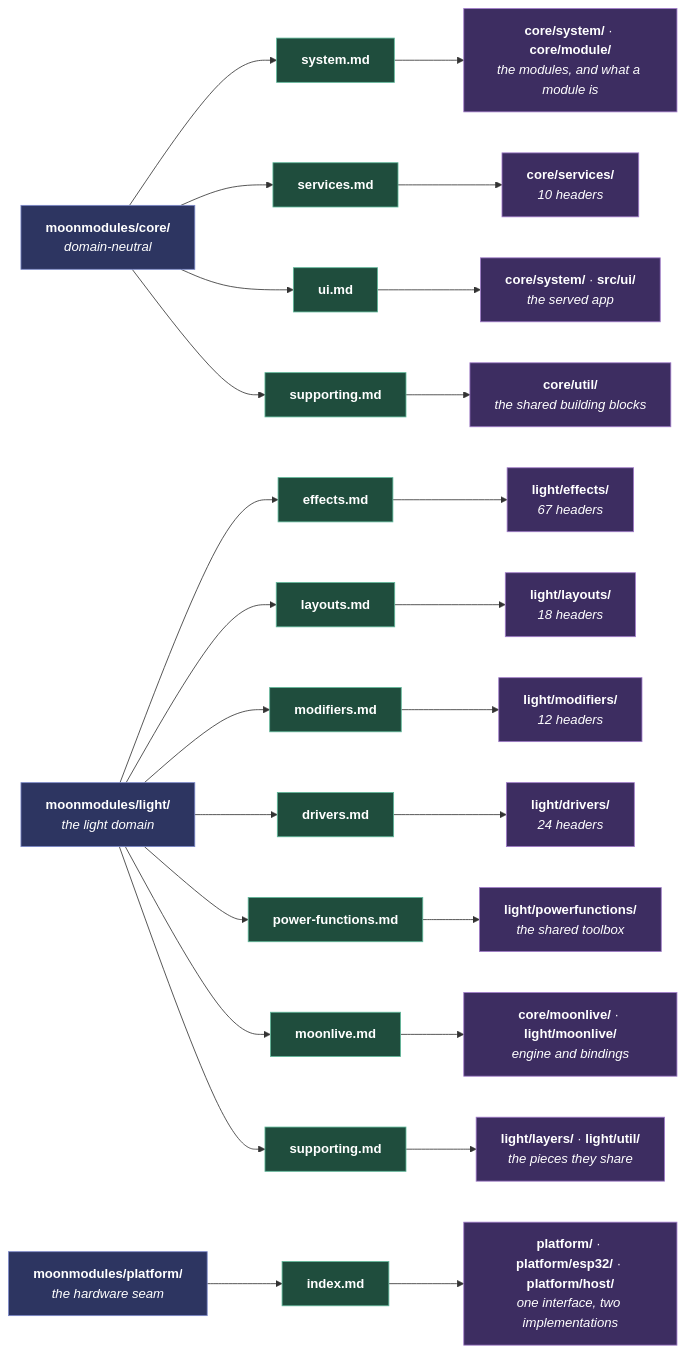
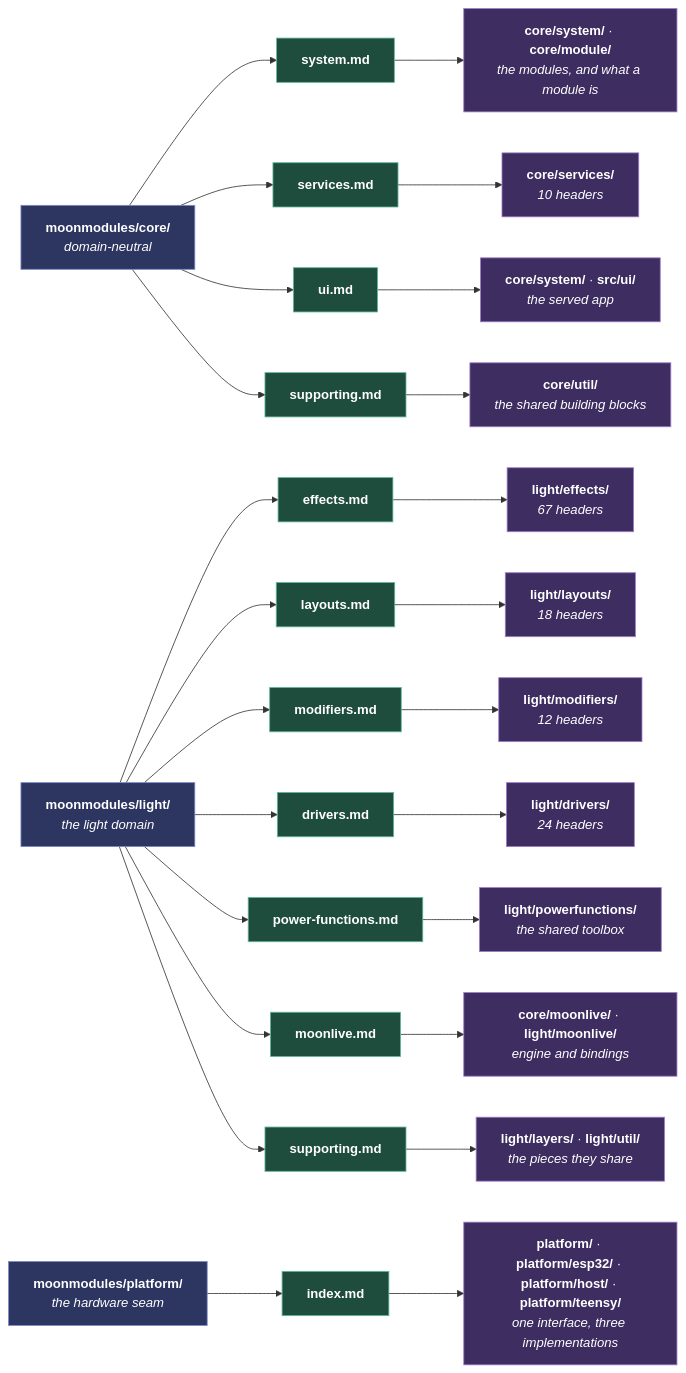
One commit to MoonModules/MoonLight changed the second of 2 diagrams in docs/contributing/documentation-standards.md. Above: the diagram before and after it, drawn with Mermaid. The commit also changed 22 other files, not shown here.

````diff
--- a/docs/contributing/documentation-standards.md
+++ b/docs/contributing/documentation-standards.md
@@ -49,60 +49,60 @@
 ```mermaid
 flowchart LR
     core["<b>moonmodules/core/</b><br/><i>domain-neutral</i>"]
     light["<b>moonmodules/light/</b><br/><i>the light domain</i>"]
     plat["<b>moonmodules/platform/</b><br/><i>the hardware seam</i>"]
 
     csys["<b>system.md</b>"]
     csvc["<b>services.md</b>"]
     cui["<b>ui.md</b>"]
     csup["<b>supporting.md</b>"]
 
     leff["<b>effects.md</b>"]
     llay["<b>layouts.md</b>"]
     lmod["<b>modifiers.md</b>"]
     ldrv["<b>drivers.md</b>"]
     lpf["<b>power-functions.md</b>"]
     lml["<b>moonlive.md</b>"]
     lsup["<b>supporting.md</b>"]
 
     pidx["<b>index.md</b>"]
 
     hsys["<b>core/system/</b> · <b>core/module/</b><br/><i>the modules, and what a module is</i>"]
     hsvc["<b>core/services/</b><br/><i>10 headers</i>"]
     hctl["<b>core/util/</b><br/><i>the shared building blocks</i>"]
     hui["<b>core/system/</b> · <b>src/ui/</b><br/><i>the served app</i>"]
 
     heff["<b>light/effects/</b><br/><i>67 headers</i>"]
     hlay["<b>light/layouts/</b><br/><i>18 headers</i>"]
     hmod["<b>light/modifiers/</b><br/><i>12 headers</i>"]
     hdrv["<b>light/drivers/</b><br/><i>24 headers</i>"]
     hpf["<b>light/powerfunctions/</b><br/><i>the shared toolbox</i>"]
     hml["<b>core/moonlive/</b> · <b>light/moonlive/</b><br/><i>engine and bindings</i>"]
     hlyr["<b>light/layers/</b> · <b>light/util/</b><br/><i>the pieces they share</i>"]
-    hplat["<b>platform/</b> · <b>platform/esp32/</b> · <b>platform/host/</b><br/><i>one interface, two implementations</i>"]
+    hplat["<b>platform/</b> · <b>platform/esp32/</b> · <b>platform/host/</b> · <b>platform/teensy/</b><br/><i>one interface, three implementations</i>"]
 
     core --> csys & csvc & cui & csup
     light --> leff & llay & lmod & ldrv & lpf & lml & lsup
     plat --> pidx
 
     csys --> hsys
     csvc --> hsvc
     cui --> hui
     csup --> hctl
 
     leff --> heff
     llay --> hlay
     lmod --> hmod
     ldrv --> hdrv
     lpf --> hpf
     lml --> hml
     lsup --> hlyr
     pidx --> hplat
 
     classDef domain fill:#2d3561,stroke:#7b88c9,color:#fff
     classDef page fill:#1f4d3d,stroke:#5fb89a,color:#fff
     classDef headers fill:#3d2d61,stroke:#a07bc9,color:#fff
     class core,light,plat domain
     class csys,csvc,cui,csup,leff,llay,lmod,ldrv,lpf,lml,lsup,pidx page
     class hsys,hsvc,hctl,hui,heff,hlay,hmod,hdrv,hpf,hml,hlyr,hplat headers
 ```
````
